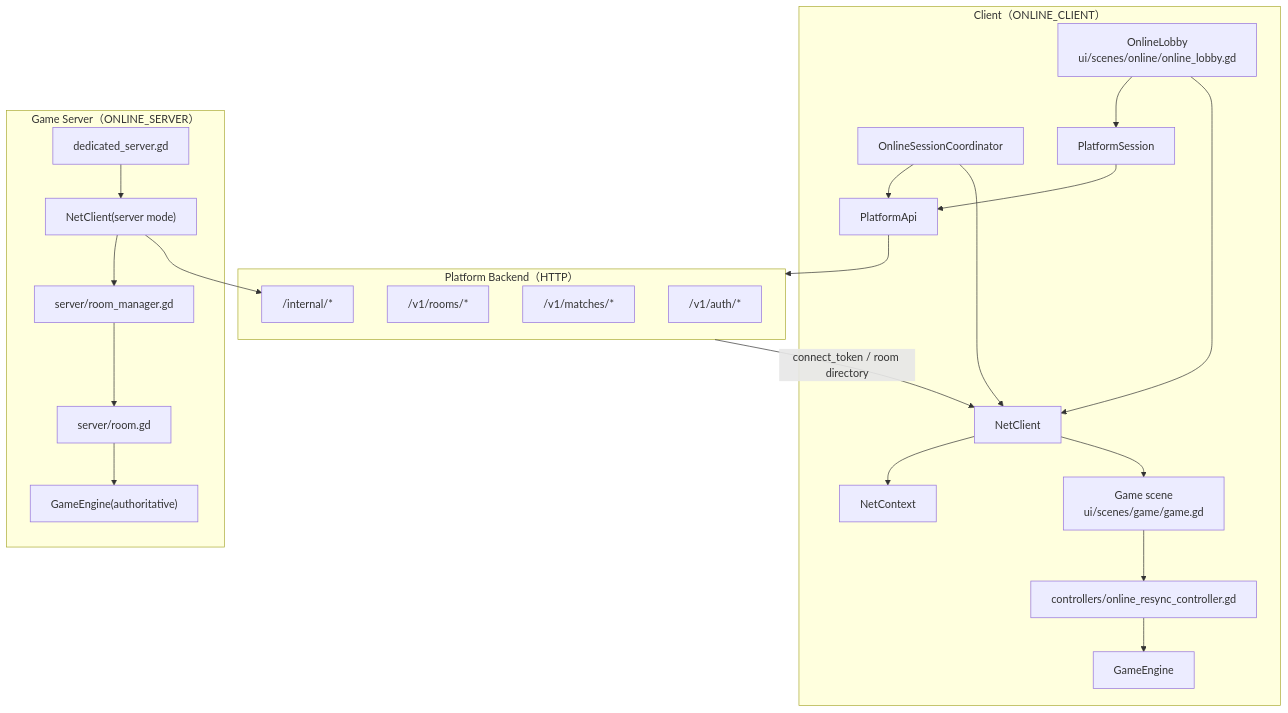
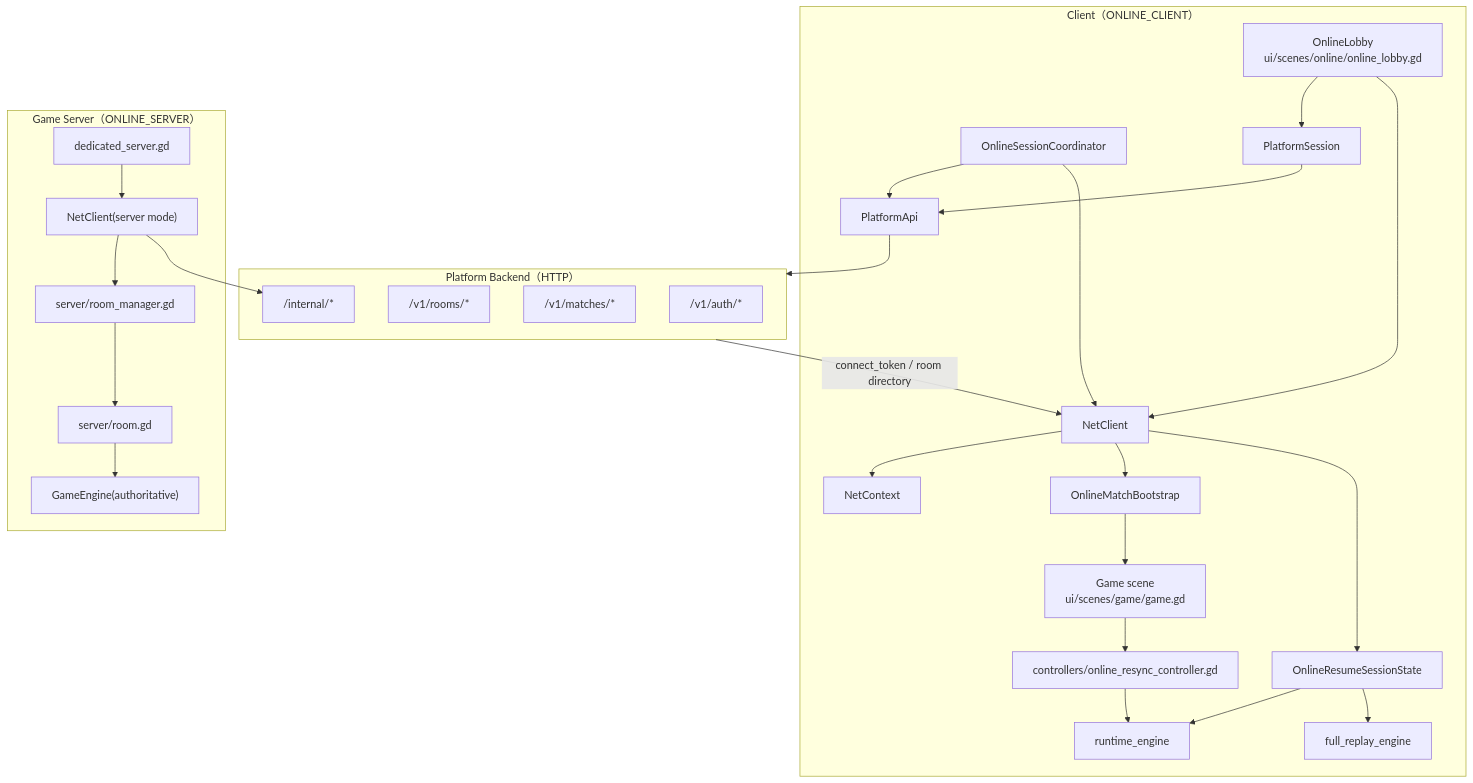
The first of 2 diagrams in docs/architecture/70-online-multiplayer.md (ygowill/food_chain_magnate), drawn with Mermaid before and after one commit. The commit also changed other lines of this file and 5 other files, not shown here.

Commit message:
docs(online): sync resume timeline and perf architecture

````diff
--- a/docs/architecture/70-online-multiplayer.md
+++ b/docs/architecture/70-online-multiplayer.md
@@ -7,41 +12,48 @@
 ```mermaid
 flowchart TB
   subgraph Client["Client（ONLINE_CLIENT）"]
     Lobby["OnlineLobby\nui/scenes/online/online_lobby.gd"]
     Game["Game scene\nui/scenes/game/game.gd"]
     Resume["OnlineSessionCoordinator"]
+    Bootstrap["OnlineMatchBootstrap"]
     PlatformSession["PlatformSession"]
     PlatformApi["PlatformApi"]
     NetClientC["NetClient"]
     NetCtx["NetContext"]
     ResyncCtl["controllers/online_resync_controller.gd"]
-    EngineC["GameEngine"]
+    Runtime["runtime_engine"]
+    FullReplay["full_replay_engine"]
+    SessionState["OnlineResumeSessionState"]
   end
 
   subgraph Backend["Platform Backend（HTTP）"]
     Auth["/v1/auth/*"]
     Rooms["/v1/rooms/*"]
     Matches["/v1/matches/*"]
     Internal["/internal/*"]
   end
 
   subgraph Server["Game Server（ONLINE_SERVER）"]
     Dedicated["dedicated_server.gd"]
     NetClientS["NetClient(server mode)"]
     RoomMgr["server/room_manager.gd"]
     Room["server/room.gd"]
     EngineS["GameEngine(authoritative)"]
   end
 
   Lobby --> PlatformSession --> PlatformApi --> Backend
   Lobby --> NetClientC
   Resume --> PlatformApi
   Resume --> NetClientC
   NetClientC --> NetCtx
-  NetClientC --> Game
-  Game --> ResyncCtl --> EngineC
+  NetClientC --> Bootstrap
+  Bootstrap --> Game
+  Game --> ResyncCtl --> Runtime
+  NetClientC --> SessionState
+  SessionState --> Runtime
+  SessionState --> FullReplay
 
   Dedicated --> NetClientS --> RoomMgr --> Room --> EngineS
   NetClientS --> Internal
   Backend -->|"connect_token / room directory"| NetClientC
 ```
````
